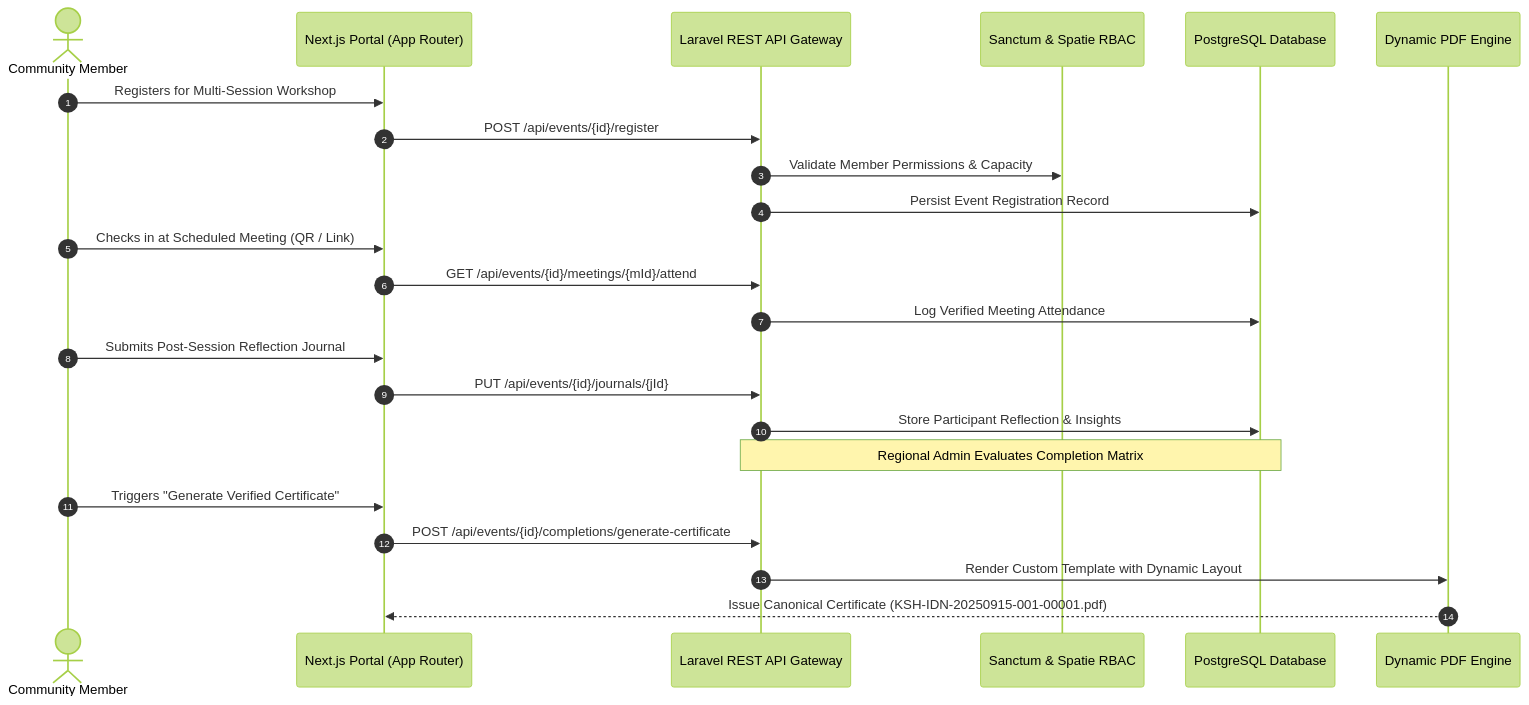
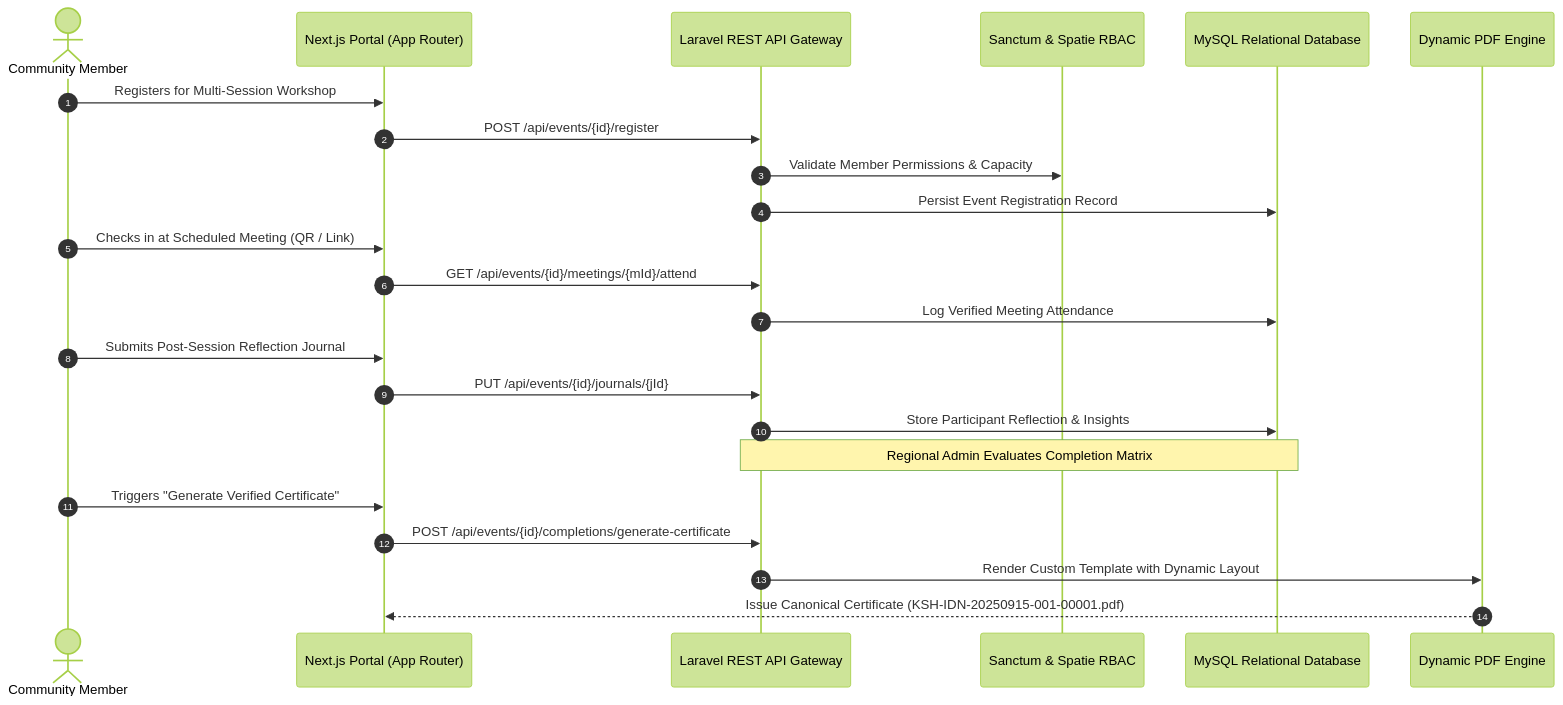
Before and after one commit to bayurkp/bayurkp.github.io: the first of 2 diagrams in src/content/projects/ksh-platform.md, drawn with Mermaid (forest theme). The commit also changed other lines of this file and 24 other files, not shown here.

````diff
--- a/src/content/projects/ksh-platform.md
+++ b/src/content/projects/ksh-platform.md
@@ -32,29 +22,29 @@
 ```mermaid
 sequenceDiagram
     autonumber
     actor Member as Community Member
     participant Frontend as Next.js Portal (App Router)
     participant API as Laravel REST API Gateway
     participant Auth as Sanctum & Spatie RBAC
-    participant DB as PostgreSQL Database
+    participant DB as MySQL Relational Database
     participant Cert as Dynamic PDF Engine
 
     Member->>Frontend: Registers for Multi-Session Workshop
     Frontend->>API: POST /api/events/{id}/register
     API->>Auth: Validate Member Permissions & Capacity
     API->>DB: Persist Event Registration Record
 
     Member->>Frontend: Checks in at Scheduled Meeting (QR / Link)
     Frontend->>API: GET /api/events/{id}/meetings/{mId}/attend
     API->>DB: Log Verified Meeting Attendance
 
     Member->>Frontend: Submits Post-Session Reflection Journal
     Frontend->>API: PUT /api/events/{id}/journals/{jId}
     API->>DB: Store Participant Reflection & Insights
 
     Note over API,DB: Regional Admin Evaluates Completion Matrix
     Member->>Frontend: Triggers "Generate Verified Certificate"
     Frontend->>API: POST /api/events/{id}/completions/generate-certificate
     API->>Cert: Render Custom Template with Dynamic Layout
     Cert-->>Frontend: Issue Canonical Certificate (KSH-IDN-20250915-001-00001.pdf)
 ```
````
